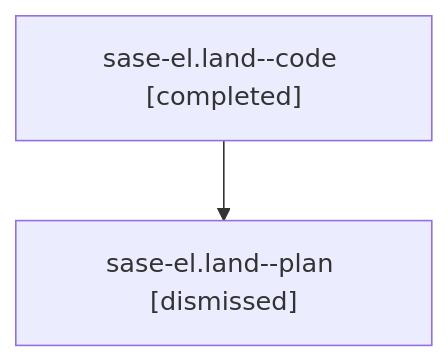
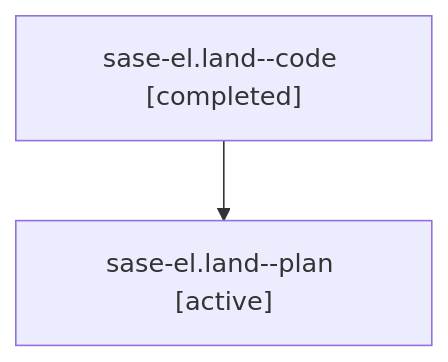
Before and after one commit to sase-org/sase--agents: the diagram in families/bbugyi200.athena.sase-el.land.md, drawn with Mermaid. The commit also changed other lines of this file and 4556 other files, not shown here.

````diff
--- a/families/bbugyi200.athena.sase-el.land.md
+++ b/families/bbugyi200.athena.sase-el.land.md
@@ -9,6 +9,6 @@
 ```mermaid
 flowchart TD
   n0["sase-el.land--code [completed]"]
-  n1["sase-el.land--plan [dismissed]"]
+  n1["sase-el.land--plan [active]"]
   n0 --> n1
 ```
````
